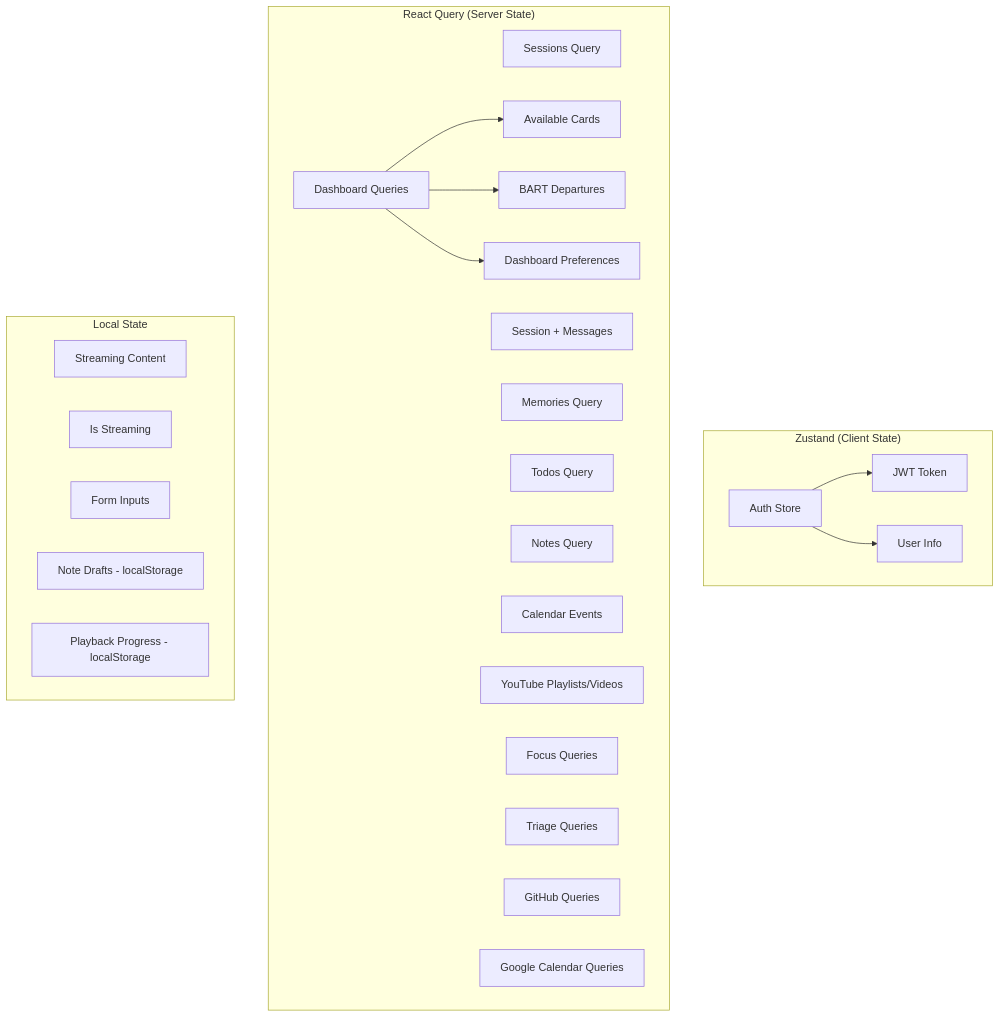
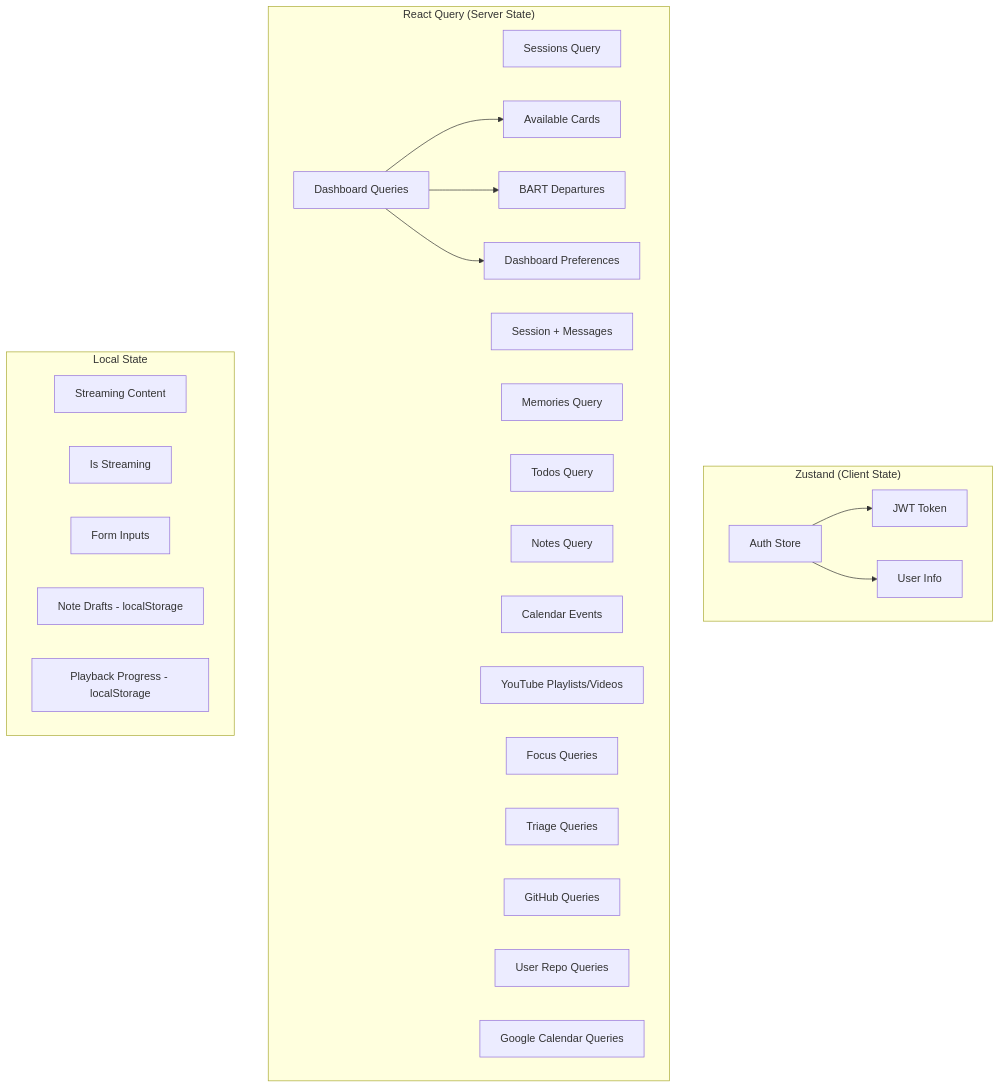
The third of 4 diagrams in .claude/diagrams/frontend-architecture.md (tekkno89/alfred-pa), drawn with Mermaid before and after one commit. The commit also changed other lines of this file and 6 other files, not shown here.

First line of the commit message:
docs: Update diagrams and docs for repo registry and coding assistant

````diff
--- a/.claude/diagrams/frontend-architecture.md
+++ b/.claude/diagrams/frontend-architecture.md
@@ -134,34 +135,35 @@
 ```mermaid
 flowchart TD
     subgraph "Zustand (Client State)"
         AuthStore[Auth Store]
         AuthStore --> Token[JWT Token]
         AuthStore --> User[User Info]
     end
 
     subgraph "React Query (Server State)"
         Sessions[Sessions Query]
         Session[Session + Messages]
         Memories[Memories Query]
         Todos[Todos Query]
         Notes[Notes Query]
         Calendar[Calendar Events]
         YouTube[YouTube Playlists/Videos]
         Dashboard[Dashboard Queries]
         FocusQueries[Focus Queries]
         TriageQueries[Triage Queries]
         GitHubQueries[GitHub Queries]
+        UserRepoQueries[User Repo Queries]
         GoogleCalQueries[Google Calendar Queries]
         Dashboard --> AvailableCards[Available Cards]
         Dashboard --> BartDepartures[BART Departures]
         Dashboard --> DashboardPrefs[Dashboard Preferences]
     end
 
     subgraph "Local State"
         StreamingContent[Streaming Content]
         IsStreaming[Is Streaming]
         FormInputs[Form Inputs]
         NoteDrafts[Note Drafts - localStorage]
         YouTubeProgress[Playback Progress - localStorage]
     end
 ```
````
